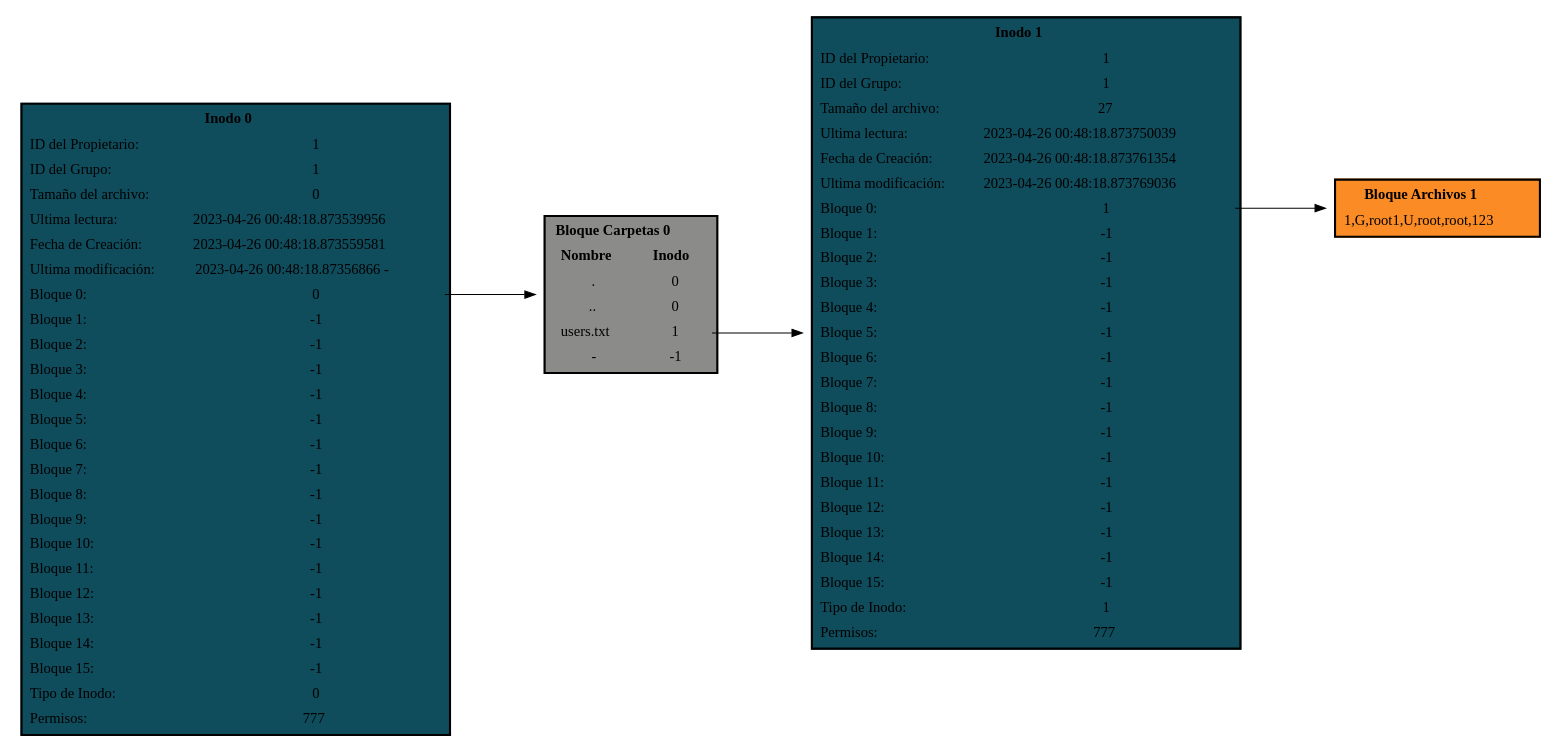
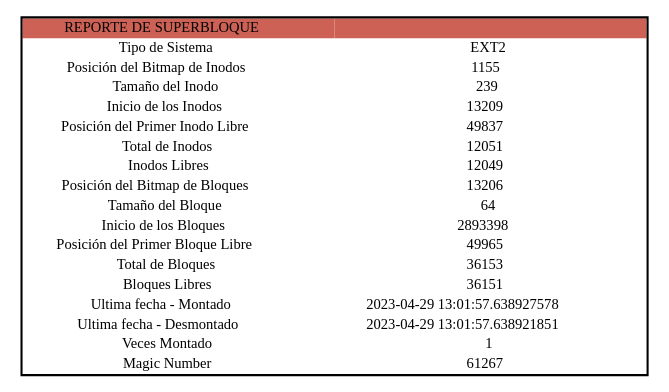
One commit to JJONK19/-MIA-Proyecto2_201909035 changed the diagram in Aplicacion/grafo.dot. Above: the diagram before and after it, drawn with Graphviz. The commit also changed 21 other files, not shown here.

```diff
--- a/Aplicacion/grafo.dot
+++ b/Aplicacion/grafo.dot
@@ -1,20 +1,1 @@
-digraph G { 
- rankdir = LR; node[shape = plaintext];
-INODO0[ label = <<TABLE BORDER='2' CELLBORDER='0' CELLSPACING='5' BGCOLOR='#0f4c5c'>
-<TR><TD colspan ='2' ><b>Inodo 0</b></TD></TR>
-<TR><TD Align='left'>ID del Propietario:</TD><TD>1</TD></TR><TR><TD Align='left'>ID del Grupo:</TD><TD>1</TD></TR><TR><TD Align='left'>Tamaño del archivo:</TD><TD>0</TD></TR><TR><TD Align='left'>Ultima lectura:</TD><TD>2023-04-26 00:48:18.873539956 </TD></TR><TR><TD Align='left'>Fecha de Creación:</TD><TD>2023-04-26 00:48:18.873559581 </TD></TR><TR><TD Align='left'>Ultima modificación:</TD><TD>2023-04-26 00:48:18.87356866 -</TD></TR><TR><TD Align='left'>Bloque 0:</TD><TD PORT='P0'>0</TD></TR><TR><TD Align='left'>Bloque 1:</TD><TD PORT='P1'>-1</TD></TR><TR><TD Align='left'>Bloque 2:</TD><TD PORT='P2'>-1</TD></TR><TR><TD Align='left'>Bloque 3:</TD><TD PORT='P3'>-1</TD></TR><TR><TD Align='left'>Bloque 4:</TD><TD PORT='P4'>-1</TD></TR><TR><TD Align='left'>Bloque 5:</TD><TD PORT='P5'>-1</TD></TR><TR><TD Align='left'>Bloque 6:</TD><TD PORT='P6'>-1</TD></TR><TR><TD Align='left'>Bloque 7:</TD><TD PORT='P7'>-1</TD></TR><TR><TD Align='left'>Bloque 8:</TD><TD PORT='P8'>-1</TD></TR><TR><TD Align='left'>Bloque 9:</TD><TD PORT='P9'>-1</TD></TR><TR><TD Align='left'>Bloque 10:</TD><TD PORT='P10'>-1</TD></TR><TR><TD Align='left'>Bloque 11:</TD><TD PORT='P11'>-1</TD></TR><TR><TD Align='left'>Bloque 12:</TD><TD PORT='P12'>-1</TD></TR><TR><TD Align='left'>Bloque 13:</TD><TD PORT='P13'>-1</TD></TR><TR><TD Align='left'>Bloque 14:</TD><TD PORT='P14'>-1</TD></TR><TR><TD Align='left'>Bloque 15:</TD><TD PORT='P15'>-1</TD></TR><TR><TD Align='left'>Tipo de Inodo:</TD><TD>0</TD></TR><TR><TD Align='left'>Permisos:</TD><TD>777</TD></TR></TABLE>>];
-BLOQUE0[ label = <<TABLE BORDER='2' CELLBORDER='0' CELLSPACING='5' BGCOLOR='#8b8c89'>
-<TR><TD colspan ='2' ><b>Bloque Carpetas 0</b></TD></TR>
-<TR><TD><b>Nombre</b></TD><TD><b>Inodo</b></TD></TR><TR><TD>.</TD><TD PORT='P0'>0</TD></TR><TR><TD>..</TD><TD PORT='P1'>0</TD></TR><TR><TD>users.txt</TD><TD PORT='P2'>1</TD></TR><TR><TD>-</TD><TD PORT='P3'>-1</TD></TR></TABLE>>];
-INODO0:P0->BLOQUE0[minlen = 2];
-INODO1[ label = <<TABLE BORDER='2' CELLBORDER='0' CELLSPACING='5' BGCOLOR='#0f4c5c'>
-<TR><TD colspan ='2' ><b>Inodo 1</b></TD></TR>
-<TR><TD Align='left'>ID del Propietario:</TD><TD>1</TD></TR><TR><TD Align='left'>ID del Grupo:</TD><TD>1</TD></TR><TR><TD Align='left'>Tamaño del archivo:</TD><TD>27</TD></TR><TR><TD Align='left'>Ultima lectura:</TD><TD>2023-04-26 00:48:18.873750039 </TD></TR><TR><TD Align='left'>Fecha de Creación:</TD><TD>2023-04-26 00:48:18.873761354 </TD></TR><TR><TD Align='left'>Ultima modificación:</TD><TD>2023-04-26 00:48:18.873769036 </TD></TR><TR><TD Align='left'>Bloque 0:</TD><TD PORT='P0'>1</TD></TR><TR><TD Align='left'>Bloque 1:</TD><TD PORT='P1'>-1</TD></TR><TR><TD Align='left'>Bloque 2:</TD><TD PORT='P2'>-1</TD></TR><TR><TD Align='left'>Bloque 3:</TD><TD PORT='P3'>-1</TD></TR><TR><TD Align='left'>Bloque 4:</TD><TD PORT='P4'>-1</TD></TR><TR><TD Align='left'>Bloque 5:</TD><TD PORT='P5'>-1</TD></TR><TR><TD Align='left'>Bloque 6:</TD><TD PORT='P6'>-1</TD></TR><TR><TD Align='left'>Bloque 7:</TD><TD PORT='P7'>-1</TD></TR><TR><TD Align='left'>Bloque 8:</TD><TD PORT='P8'>-1</TD></TR><TR><TD Align='left'>Bloque 9:</TD><TD PORT='P9'>-1</TD></TR><TR><TD Align='left'>Bloque 10:</TD><TD PORT='P10'>-1</TD></TR><TR><TD Align='left'>Bloque 11:</TD><TD PORT='P11'>-1</TD></TR><TR><TD Align='left'>Bloque 12:</TD><TD PORT='P12'>-1</TD></TR><TR><TD Align='left'>Bloque 13:</TD><TD PORT='P13'>-1</TD></TR><TR><TD Align='left'>Bloque 14:</TD><TD PORT='P14'>-1</TD></TR><TR><TD Align='left'>Bloque 15:</TD><TD PORT='P15'>-1</TD></TR><TR><TD Align='left'>Tipo de Inodo:</TD><TD>1</TD></TR><TR><TD Align='left'>Permisos:</TD><TD>777</TD></TR></TABLE>>];
-BLOQUE0:P2->INODO1[minlen = 2];
-BLOQUE1[ label = <<TABLE BORDER='2' CELLBORDER='0' CELLSPACING='5' BGCOLOR='#fb8b24'>
-<TR><TD><b>Bloque Archivos 1</b></TD></TR>
-<TR><TD>1,G,root
-1,U,root,root,123
-</TD></TR></TABLE>>];
-INODO1:P0->BLOQUE1[minlen = 2];
-}
+digraph mbr {node [shape=plaintext] struct1 [label= <<TABLE BORDER='2' CELLBORDER='0' CELLSPACING='0'><TR><TD BGCOLOR='#cd6155' WIDTH='300'>REPORTE DE SUPERBLOQUE</TD><TD WIDTH='300' BGCOLOR='#cd6155'></TD></TR><TR><TD>Tipo de Sistema</TD><TD>EXT2</TD></TR><TR><TD>Posición del Bitmap de Inodos</TD><TD>1155</TD></TR><TR><TD>Tamaño del Inodo</TD><TD>239</TD></TR><TR><TD>Inicio de los Inodos</TD><TD>13209</TD></TR><TR><TD>Posición del Primer Inodo Libre</TD><TD>49837</TD></TR><TR><TD>Total de Inodos</TD><TD>12051</TD></TR><TR><TD>Inodos Libres</TD><TD>12049</TD></TR><TR><TD>Posición del Bitmap de Bloques</TD><TD>13206</TD></TR><TR><TD>Tamaño del Bloque</TD><TD>64</TD></TR><TR><TD>Inicio de los Bloques</TD><TD>2893398</TD></TR><TR><TD>Posición del Primer Bloque Libre</TD><TD>49965</TD></TR><TR><TD>Total de Bloques</TD><TD>36153</TD></TR><TR><TD>Bloques Libres</TD><TD>36151</TD></TR><TR><TD>Ultima fecha - Montado</TD><TD>2023-04-29 13:01:57.638927578 </TD></TR><TR><TD>Ultima fecha - Desmontado</TD><TD>2023-04-29 13:01:57.638921851 </TD></TR><TR><TD>Veces Montado</TD><TD>1</TD></TR><TR><TD>Magic Number</TD><TD>61267</TD></TR></TABLE>>];}
```
